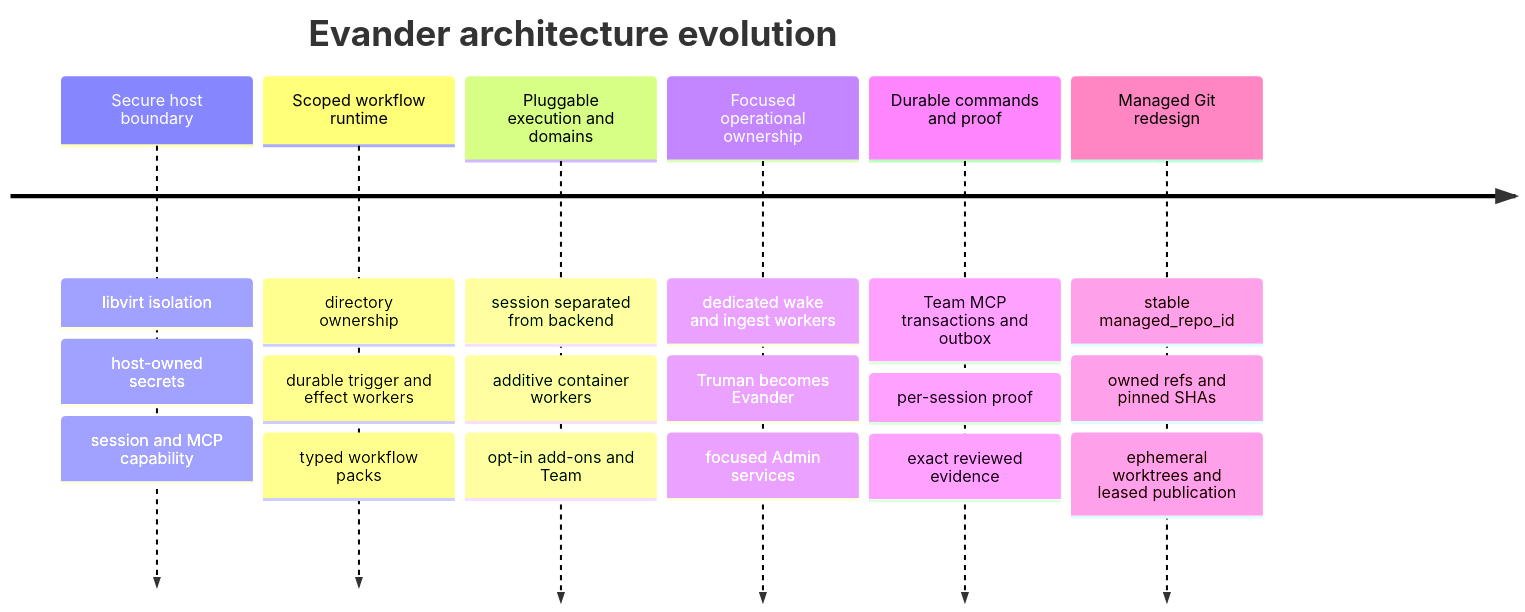
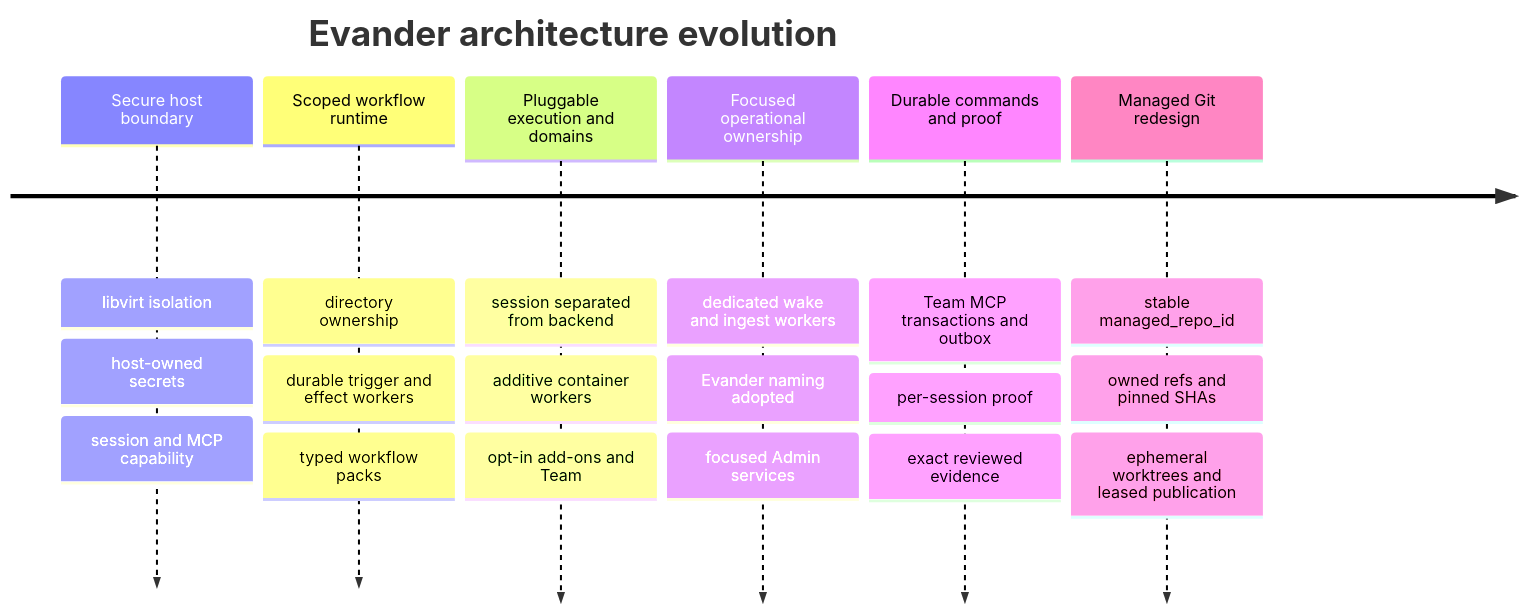
Before and after one commit to QuinthSoftwareSolutions/evander: the diagram in docs/evander-user-manual/diagrams/19-design-evolution.mmd, drawn with Mermaid. The commit also changed 152 other files, not shown here.

```diff
--- a/docs/evander-user-manual/diagrams/19-design-evolution.mmd
+++ b/docs/evander-user-manual/diagrams/19-design-evolution.mmd
@@ -1,8 +1,8 @@
 timeline
     title Evander architecture evolution
     Secure host boundary : libvirt isolation : host-owned secrets : session and MCP capability
     Scoped workflow runtime : directory ownership : durable trigger and effect workers : typed workflow packs
     Pluggable execution and domains : session separated from backend : additive container workers : opt-in add-ons and Team
-    Focused operational ownership : dedicated wake and ingest workers : Truman becomes Evander : focused Admin services
+    Focused operational ownership : dedicated wake and ingest workers : Evander naming adopted : focused Admin services
     Durable commands and proof : Team MCP transactions and outbox : per-session proof : exact reviewed evidence
     Managed Git redesign : stable managed_repo_id : owned refs and pinned SHAs : ephemeral worktrees and leased publication
```
